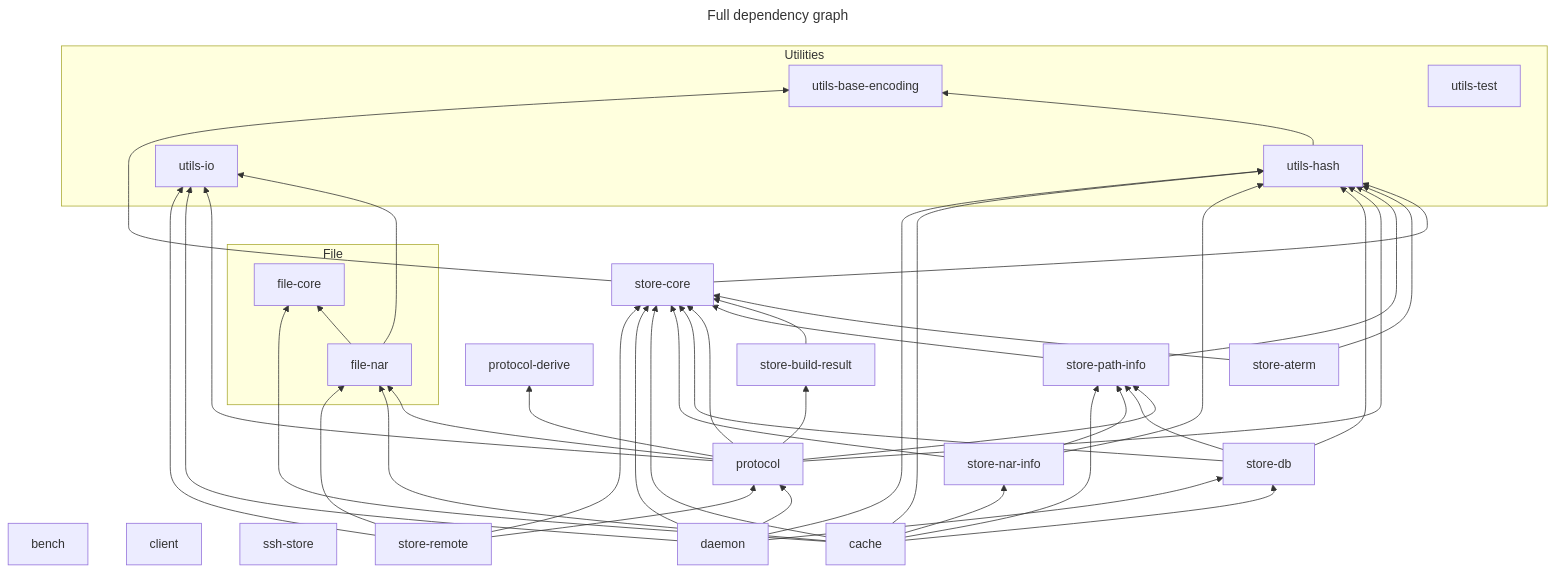
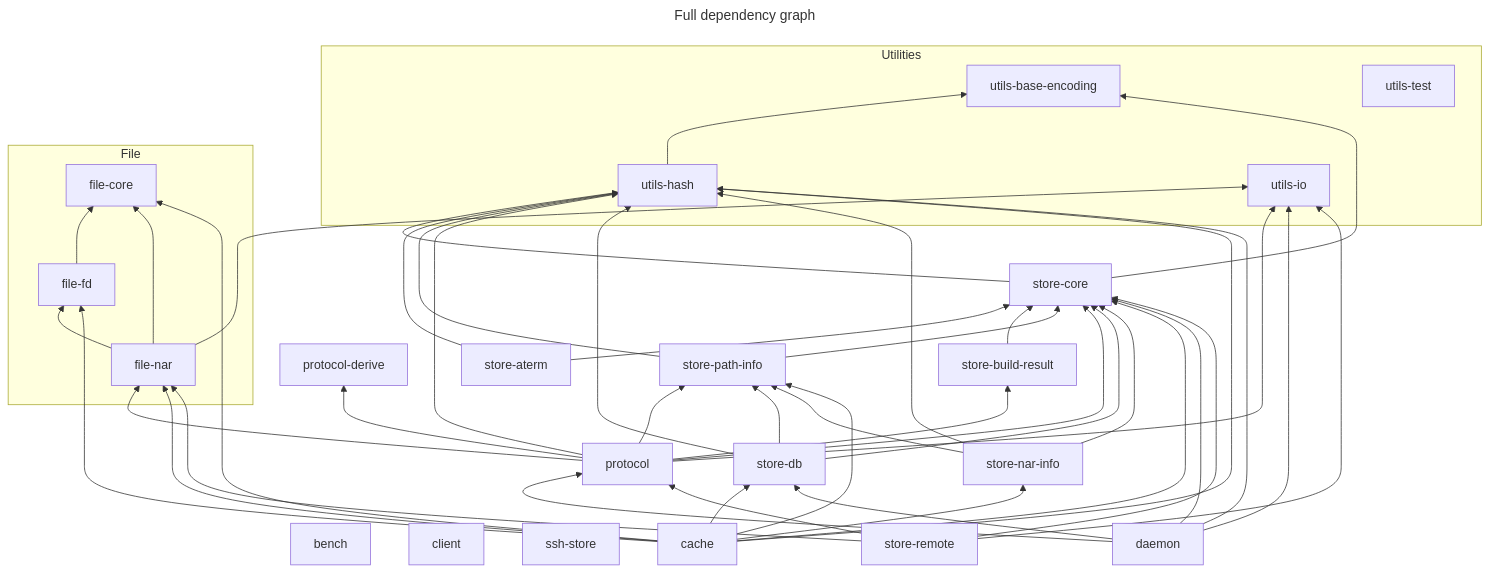
Before and after one commit to nix-community/harmonia: the first of 2 diagrams in docs/architecture/harmonia-store-structure.md, drawn with Mermaid. The commit also changed other lines of this file and 27 other files, not shown here.

````diff
--- a/docs/architecture/harmonia-store-structure.md
+++ b/docs/architecture/harmonia-store-structure.md
@@ -76,58 +77,62 @@
 ```mermaid
 ---
 title: Full dependency graph
 ---
 graph BT
     subgraph Utilities
         utils-base-encoding
         utils-hash
         utils-io
         utils-test
     end
     subgraph File
         file-core
+        file-fd
         file-nar
     end
     bench
     client
     ssh-store
+    file-fd --> file-core
+    utils-hash --> utils-base-encoding
     file-nar --> file-core
+    file-nar --> file-fd
     file-nar --> utils-io
-    utils-hash --> utils-base-encoding
     store-core --> utils-base-encoding
     store-core --> utils-hash
     store-aterm --> store-core
     store-aterm --> utils-hash
     store-build-result --> store-core
     store-path-info --> store-core
     store-path-info --> utils-hash
     protocol --> file-nar
     protocol --> protocol-derive
     protocol --> store-build-result
     protocol --> store-core
     protocol --> store-path-info
     protocol --> utils-hash
     protocol --> utils-io
     store-db --> store-core
     store-db --> store-path-info
     store-db --> utils-hash
     store-nar-info --> store-core
     store-nar-info --> store-path-info
     store-nar-info --> utils-hash
     cache --> file-core
+    cache --> file-fd
     cache --> file-nar
     cache --> store-core
     cache --> store-db
     cache --> store-nar-info
     cache --> store-path-info
     cache --> utils-hash
     daemon --> protocol
     daemon --> store-core
     daemon --> store-db
     daemon --> utils-hash
     daemon --> utils-io
     store-remote --> file-nar
     store-remote --> protocol
     store-remote --> store-core
     store-remote --> utils-io
 ```
````
